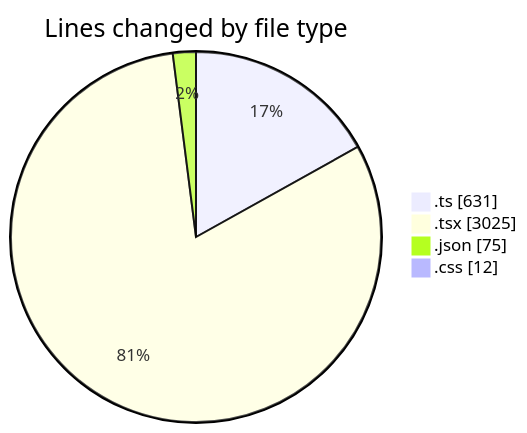
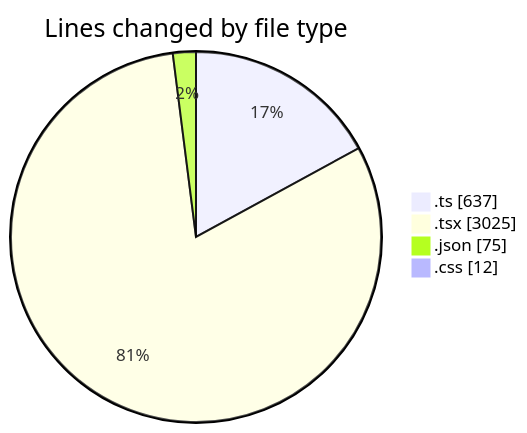
Before and after one commit to robertbonfada/code-tracking: the first of 2 diagrams in 2025-01-27/termonied-web/README.md, drawn with Mermaid. The commit also changed other lines of this file and 1 other file, not shown here.

````diff
--- a/2025-01-27/termonied-web/README.md
+++ b/2025-01-27/termonied-web/README.md
@@ -33,8 +33,8 @@
 ```mermaid
 pie showData
 title Lines changed by file type
-".ts" : 631
+".ts" : 637
 ".tsx" : 3025
 ".json" : 75
 ".css" : 12
 ```
````
